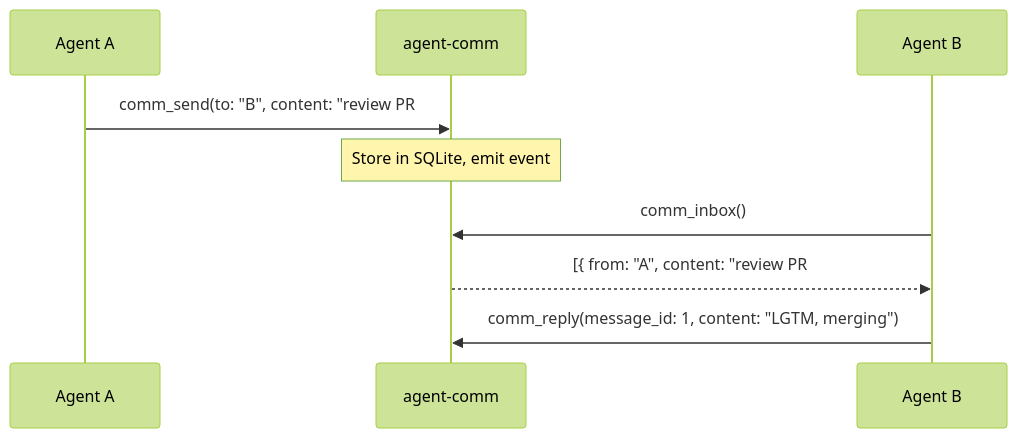
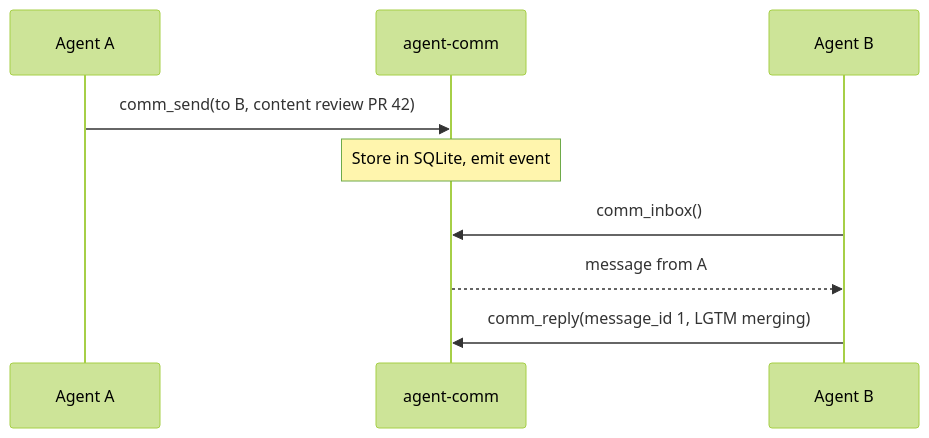
Before and after one commit to keshrath/agent-comm: the second of 3 diagrams in README.md, drawn with Mermaid (forest theme). The commit also changed other lines of this file and 2 other files, not shown here.

Commit message:
v1.0.8: fix mermaid diagrams for GitHub rendering

````diff
--- a/README.md
+++ b/README.md
@@ -187,12 +195,12 @@
 ```mermaid
 sequenceDiagram
     participant A as Agent A
     participant S as agent-comm
     participant B as Agent B
 
-    A->>S: comm_send(to: "B", content: "review PR #42")
+    A->>S: comm_send(to B, content review PR 42)
     Note over S: Store in SQLite, emit event
     B->>S: comm_inbox()
-    S-->>B: [{ from: "A", content: "review PR #42" }]
-    B->>S: comm_reply(message_id: 1, content: "LGTM, merging")
+    S-->>B: message from A
+    B->>S: comm_reply(message_id 1, LGTM merging)
 ```
````
